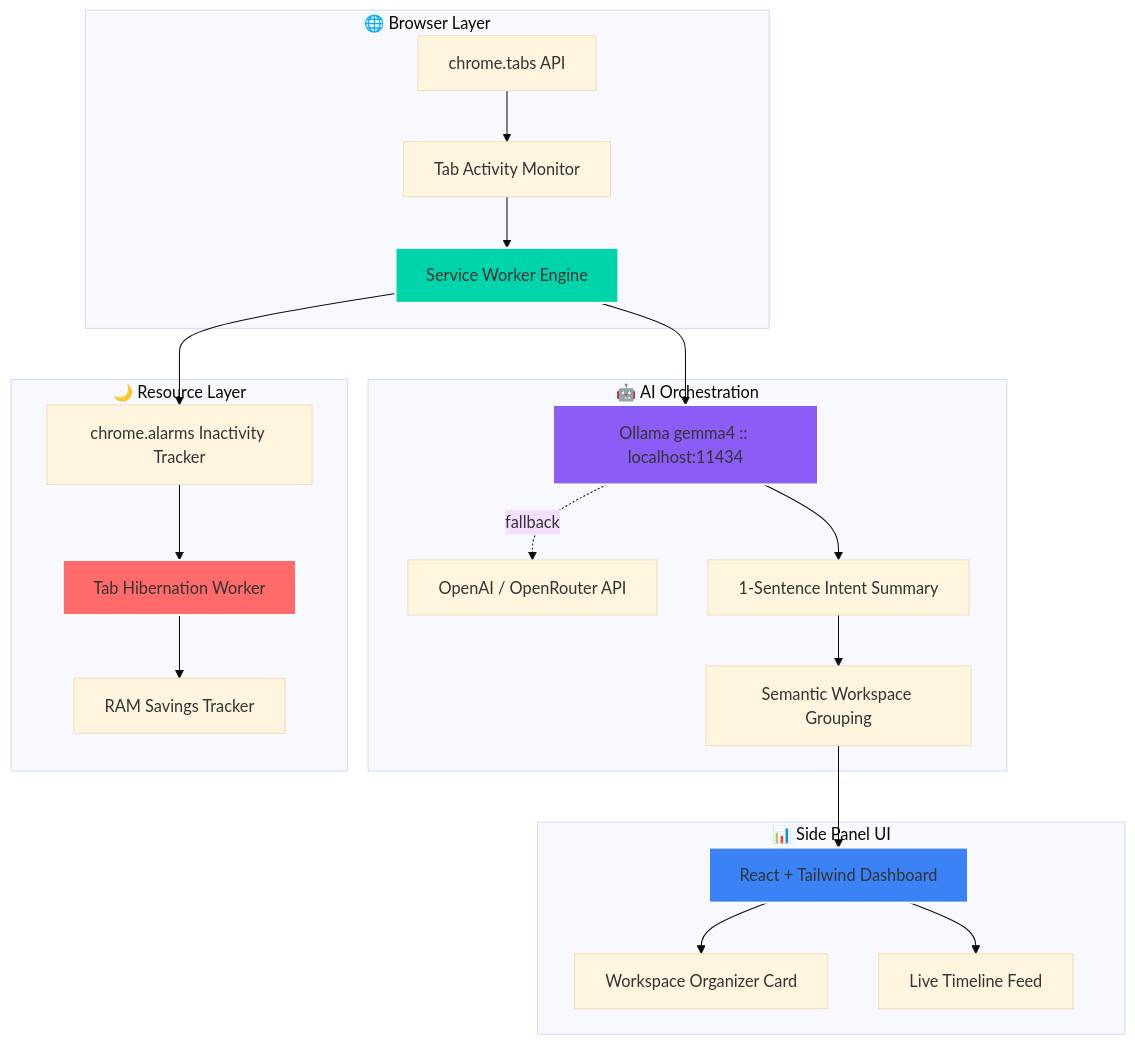
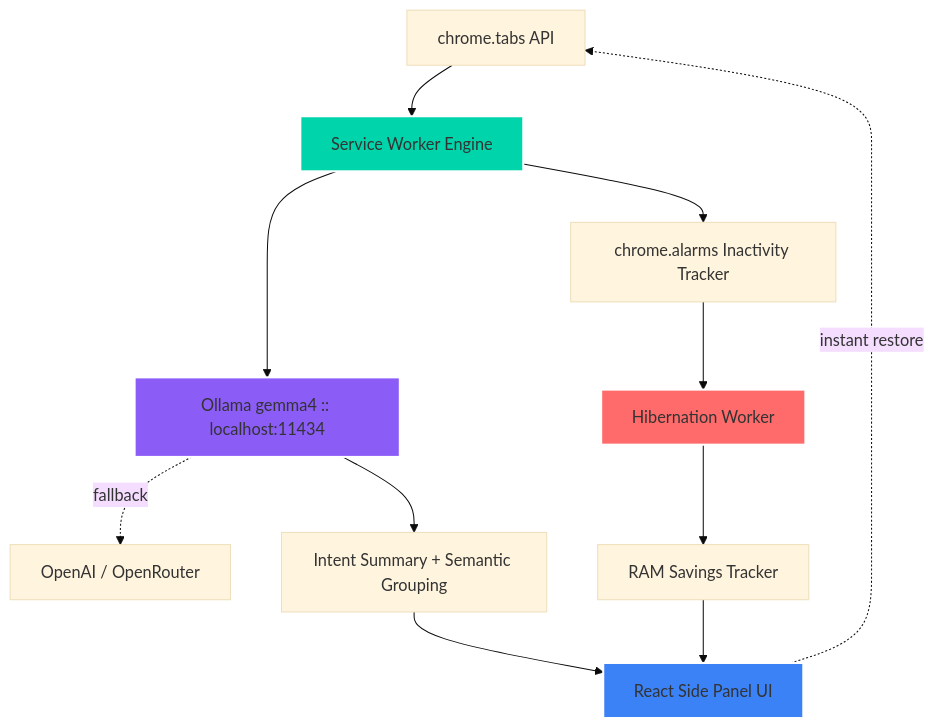
One commit to SURYATSG786/finalpro--project changed the diagram in README.md. Above: the diagram before and after it, drawn with Mermaid (base theme). The commit also changed other lines of this file, not shown here.

````diff
--- a/README.md
+++ b/README.md
@@ -92,31 +68,18 @@
 ```mermaid
 graph TD
-    subgraph "🌐 Browser Layer"
-        A[chrome.tabs API] --> B[Tab Activity Monitor]
-        B --> C[Service Worker Engine]
-    end
+    A[chrome.tabs API] --> B[Service Worker Engine]
+    B --> C[Ollama gemma4 :: localhost:11434]
+    C -.->|fallback| D[OpenAI / OpenRouter]
+    C --> E[Intent Summary + Semantic Grouping]
+    E --> F[React Side Panel UI]
+    B --> G[chrome.alarms Inactivity Tracker]
+    G --> H[Hibernation Worker]
+    H --> I[RAM Savings Tracker]
+    I --> F
+    F -.->|instant restore| A
 
-    subgraph "🤖 AI Orchestration"
-        C --> D[Ollama gemma4 :: localhost:11434]
-        D -.->|fallback| E[OpenAI / OpenRouter API]
-        D --> F[1-Sentence Intent Summary]
-        F --> G[Semantic Workspace Grouping]
-    end
-
-    subgraph "📊 Side Panel UI"
-        G --> H[React + Tailwind Dashboard]
-        H --> I[Workspace Organizer Card]
-        H --> J[Live Timeline Feed]
-    end
-
-    subgraph "🌙 Resource Layer"
-        C --> K[chrome.alarms Inactivity Tracker]
-        K --> L[Tab Hibernation Worker]
-        L --> M[RAM Savings Tracker]
-    end
-
-    style C fill:#00D4AA,stroke:#ffffff,stroke-width:2px
-    style D fill:#8B5CF6,stroke:#ffffff,stroke-width:2px
-    style H fill:#3B82F6,stroke:#ffffff,stroke-width:2px
-    style L fill:#FF6B6B,stroke:#ffffff,stroke-width:2px
+    style B fill:#00D4AA,stroke:#fff,stroke-width:2px
+    style C fill:#8B5CF6,stroke:#fff,stroke-width:2px
+    style F fill:#3B82F6,stroke:#fff,stroke-width:2px
+    style H fill:#FF6B6B,stroke:#fff,stroke-width:2px
 ```
````
